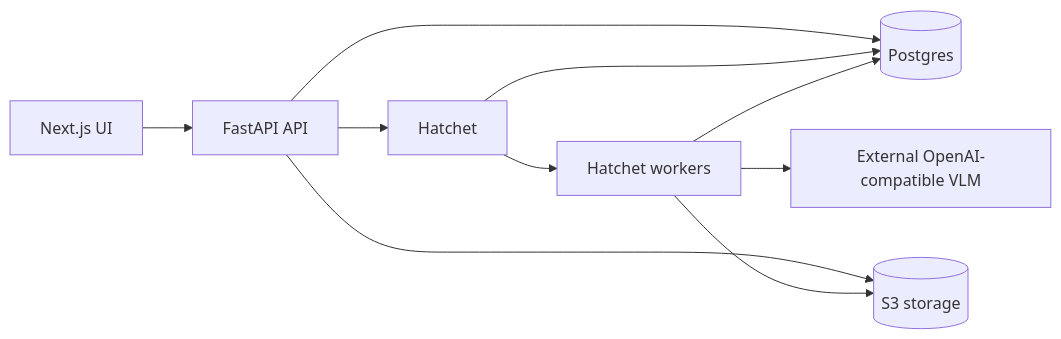
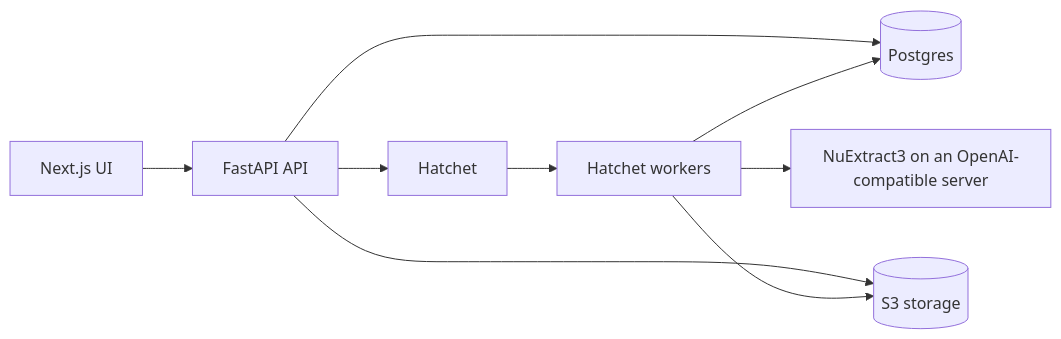
One commit to MehdiGououiad/repody changed the diagram in README.md. Above: the diagram before and after it, drawn with Mermaid. The commit also changed other lines of this file and 15 other files, not shown here.

````diff
--- a/README.md
+++ b/README.md
@@ -12,12 +12,11 @@
 ```mermaid
 flowchart LR
   Web[Next.js UI] --> API[FastAPI API]
   API --> PG[(Postgres)]
   API --> HT[Hatchet]
   API --> S3[(S3 storage)]
   HT --> W[Hatchet workers]
-  HT --> PG
-  W --> VLM[External OpenAI-compatible VLM]
+  W --> VLM[NuExtract3 on an OpenAI-compatible server]
   W --> S3
   W --> PG
 ```
````
